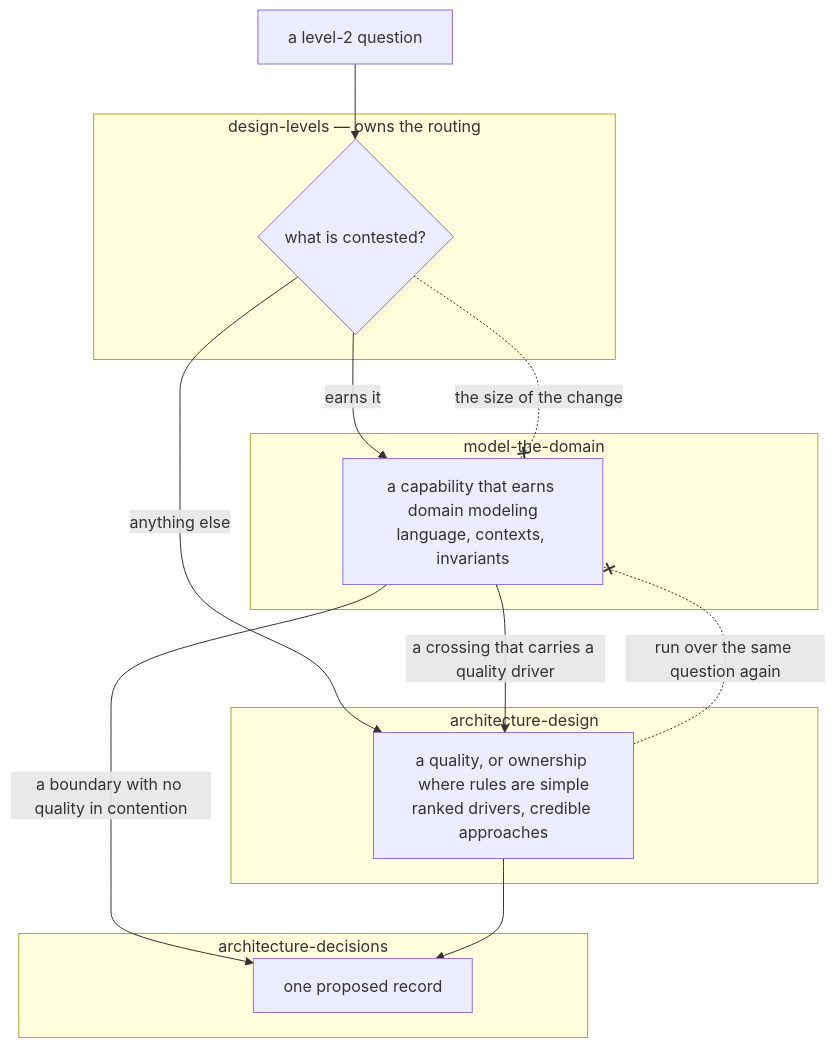
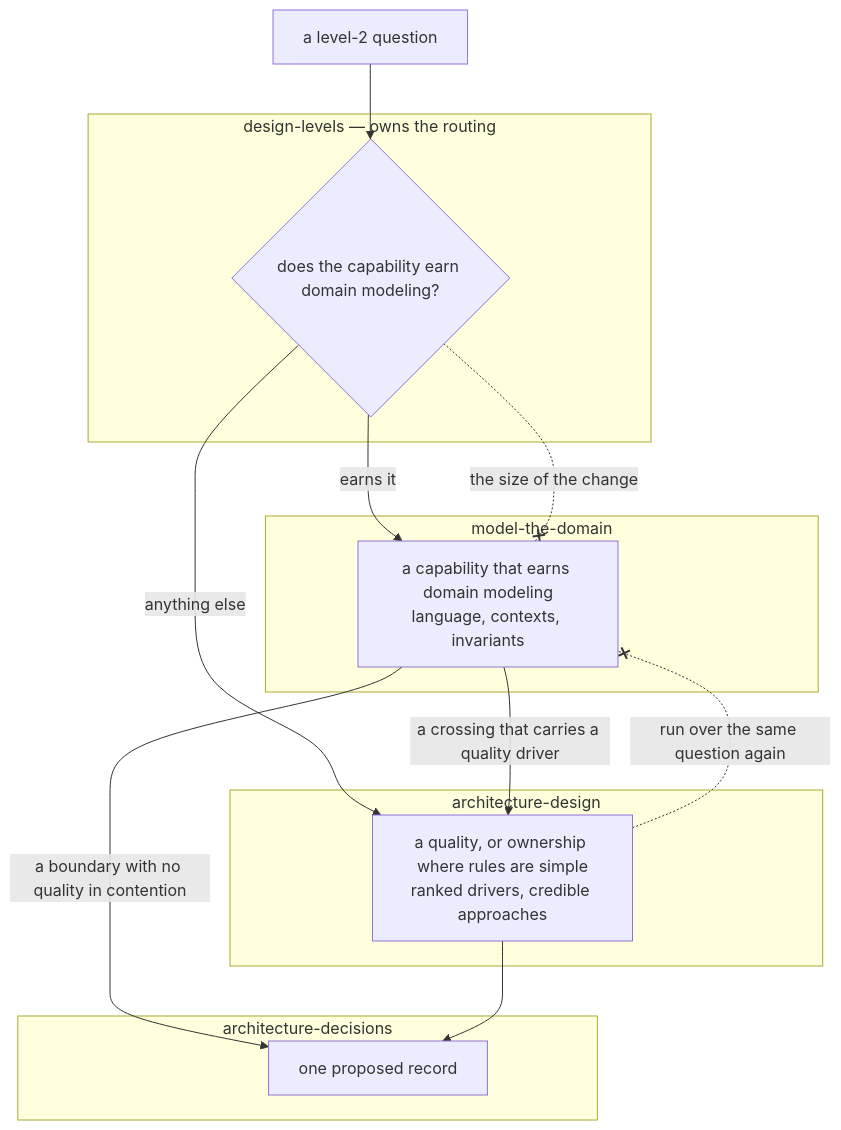
One commit to aamarin/wfctl changed the diagram in docs/architecture/level-2-routes-by-what-is-contested.md. Above: the diagram before and after it, drawn with Mermaid. The commit also changed other lines of this file and 3 other files, not shown here.

````diff
--- a/docs/architecture/level-2-routes-by-what-is-contested.md
+++ b/docs/architecture/level-2-routes-by-what-is-contested.md
@@ -101,24 +101,24 @@
 ```mermaid
 flowchart TB
     Q["a level-2 question"]
     subgraph dl["design-levels — owns the routing"]
-        R{"what is contested?"}
+        R{"does the capability earn domain modeling?"}
     end
     subgraph mtd["model-the-domain"]
         M["a capability that earns domain modeling<br>language, contexts, invariants"]
     end
     subgraph ad["architecture-design"]
         A["a quality, or ownership where rules are simple<br>ranked drivers, credible approaches"]
     end
     subgraph adr["architecture-decisions"]
         W["one proposed record"]
     end
     Q --> R
     R -->|"earns it"| M
     R -->|"anything else"| A
     M -->|"a crossing that carries a quality driver"| A
     M -->|"a boundary with no quality in contention"| W
     A --> W
     A -. "run over the same question again" .-x M
     R -. "the size of the change" .-x M
 ```
````
